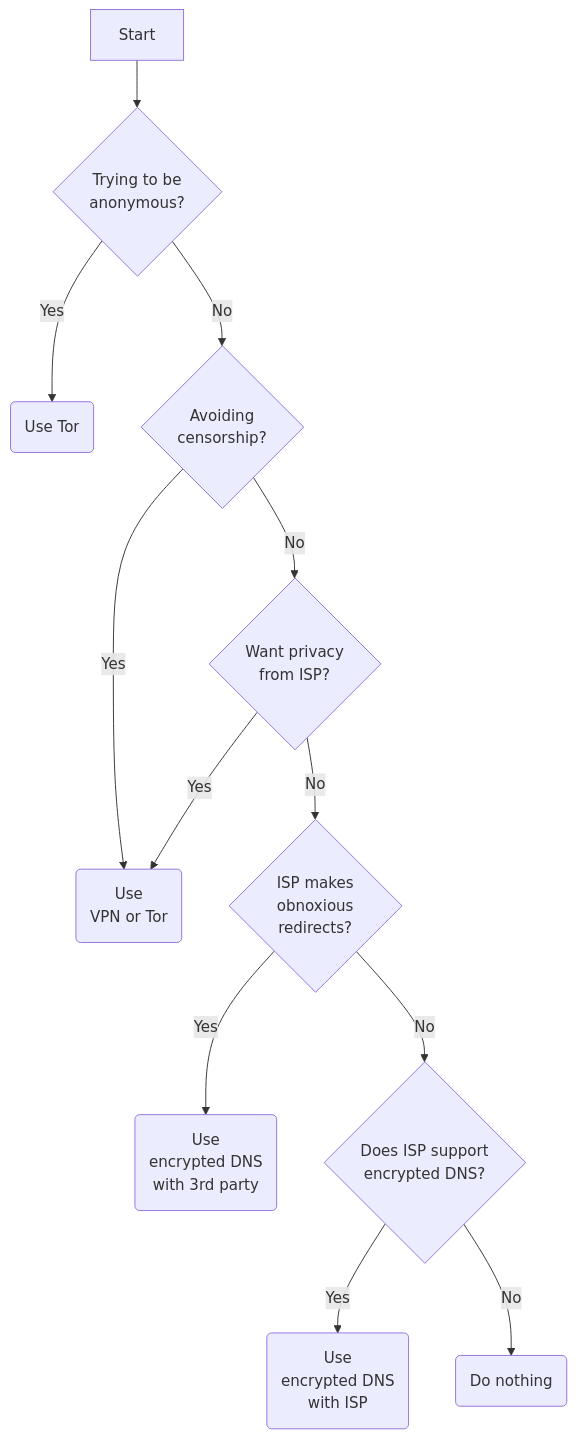
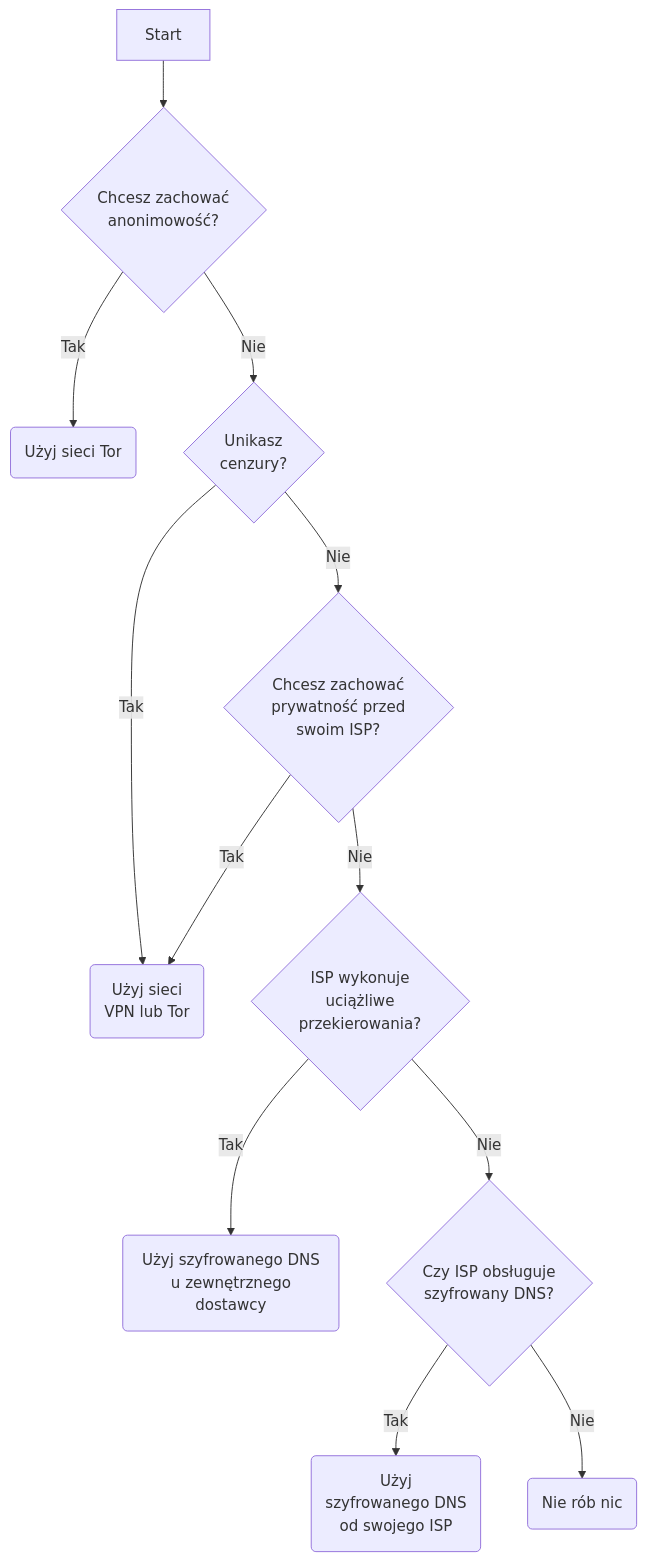
The diagram in i18n/pl/advanced/dns-overview.md (privacyguides/i18n), drawn with Mermaid before and after one commit. The commit also changed other lines of this file, not shown here.

Commit message:
New Crowdin translations by GitHub Action

````diff
--- a/i18n/pl/advanced/dns-overview.md
+++ b/i18n/pl/advanced/dns-overview.md
@@ -281,14 +281,14 @@
 ``` mermaid
 graph TB
-    Start[Start] --> anonymous{Trying to be<br> anonymous?}
-    anonymous--> | Yes | tor(Use Tor)
-    anonymous --> | No | censorship{Avoiding<br> censorship?}
-    censorship --> | Yes | vpnOrTor(Use<br> VPN or Tor)
-    censorship --> | No | privacy{Want privacy<br> from ISP?}
-    privacy --> | Yes | vpnOrTor
-    privacy --> | No | obnoxious{ISP makes<br> obnoxious<br> redirects?}
-    obnoxious --> | Yes | encryptedDNS(Use<br> encrypted DNS<br> with 3rd party)
-    obnoxious --> | No | ispDNS{Does ISP support<br> encrypted DNS?}
-    ispDNS --> | Yes | useISP(Use<br> encrypted DNS<br> with ISP)
-    ispDNS --> | No | nothing(Do nothing)
+    Start[Start] --> anonymous{Chcesz zachować<br> anonimowość?}
+    anonymous--> | Tak | tor(Użyj sieci Tor)
+    anonymous --> | Nie | censorship{Unikasz<br> cenzury?}
+    censorship --> | Tak | vpnOrTor(Użyj sieci<br> VPN lub Tor)
+    censorship --> | Nie | privacy{Chcesz zachować<br> prywatność przed<br> swoim ISP?}
+    privacy --> | Tak | vpnOrTor
+    privacy --> | Nie | obnoxious{ISP wykonuje<br> uciążliwe<br> przekierowania?}
+    obnoxious --> | Tak | encryptedDNS(Użyj szyfrowanego DNS<br> u zewnętrznego dostawcy)
+    obnoxious --> | Nie | ispDNS{Czy ISP obsługuje <br> szyfrowany DNS?}
+    ispDNS --> | Tak | useISP(Użyj <br> szyfrowanego DNS<br> od swojego ISP)
+    ispDNS --> | Nie | nothing(Nie rób nic)
 ```
````
